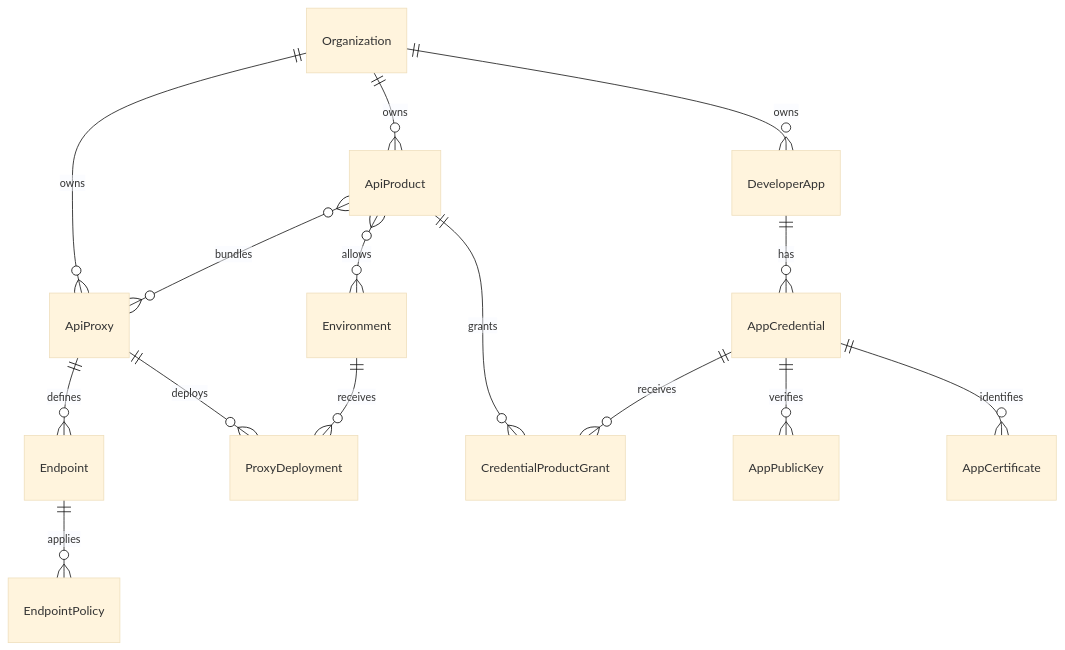
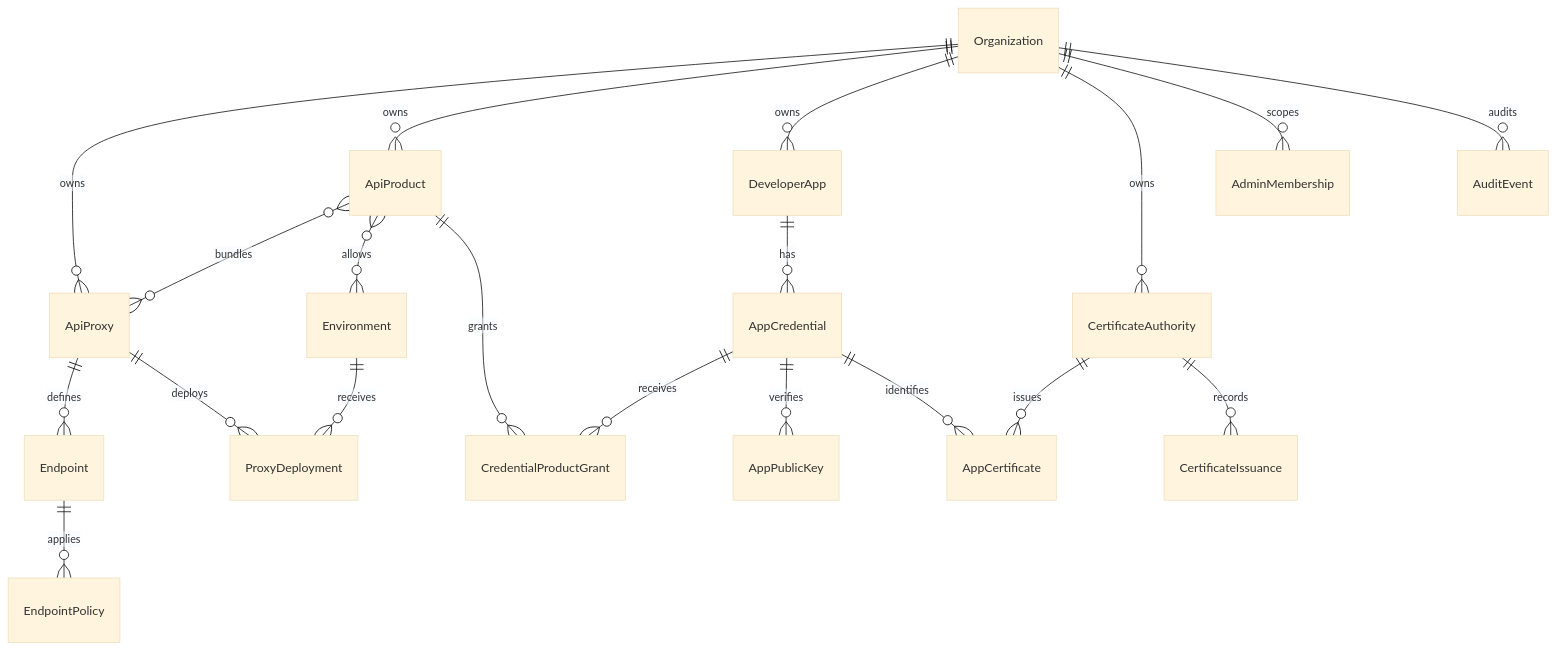
Before and after one commit to c4rl0s04/api-gateway-platform: the diagram in docs/02-architecture/Data Model.md, drawn with Mermaid (base theme). The commit also changed other lines of this file and 16 other files, not shown here.

Commit message:
docs(mtls): document multi-client pki architecture

````diff
--- a/docs/02-architecture/Data Model.md
+++ b/docs/02-architecture/Data Model.md
@@ -31,17 +31,22 @@
 ```mermaid
 erDiagram
     Organization ||--o{ ApiProxy : owns
     Organization ||--o{ ApiProduct : owns
     Organization ||--o{ DeveloperApp : owns
     ApiProxy ||--o{ Endpoint : defines
     Endpoint ||--o{ EndpointPolicy : applies
     ApiProxy ||--o{ ProxyDeployment : deploys
     Environment ||--o{ ProxyDeployment : receives
     ApiProduct }o--o{ ApiProxy : bundles
     ApiProduct }o--o{ Environment : allows
     DeveloperApp ||--o{ AppCredential : has
     AppCredential ||--o{ CredentialProductGrant : receives
     ApiProduct ||--o{ CredentialProductGrant : grants
     AppCredential ||--o{ AppPublicKey : verifies
     AppCredential ||--o{ AppCertificate : identifies
+    CertificateAuthority ||--o{ AppCertificate : issues
+    CertificateAuthority ||--o{ CertificateIssuance : records
+    Organization ||--o{ CertificateAuthority : owns
+    Organization ||--o{ AdminMembership : scopes
+    Organization ||--o{ AuditEvent : audits
 ```
````
